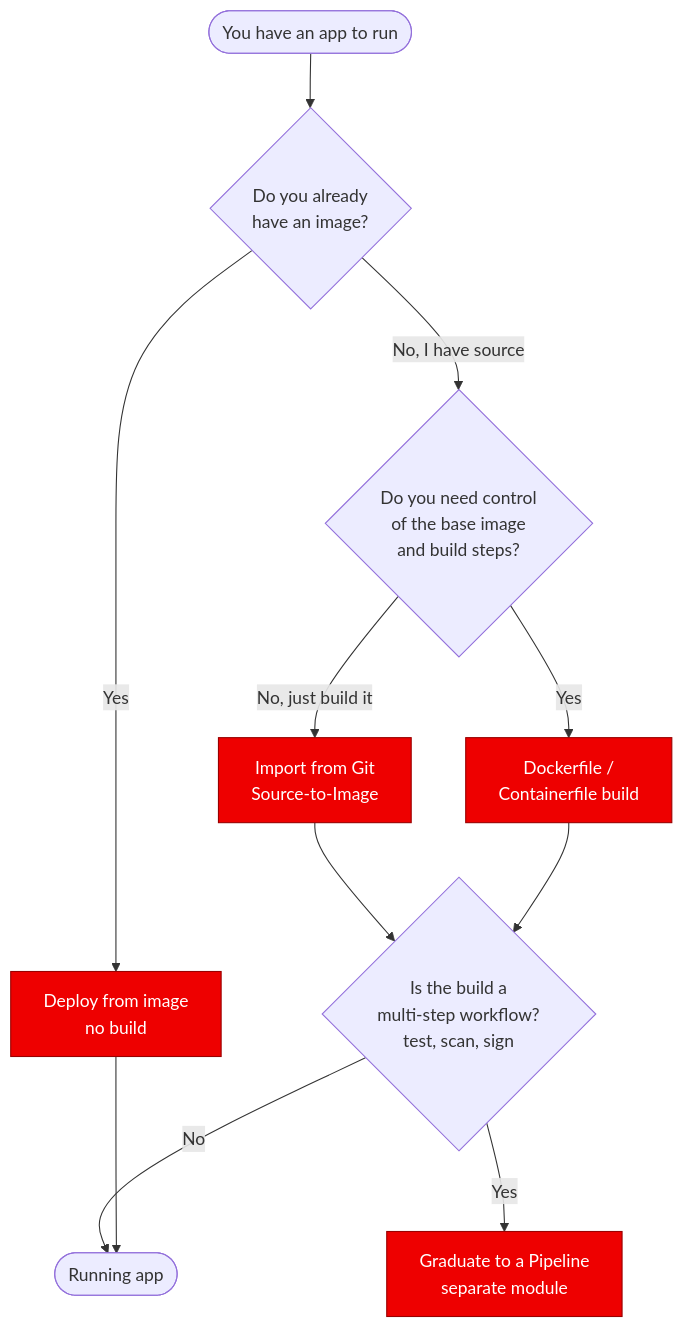
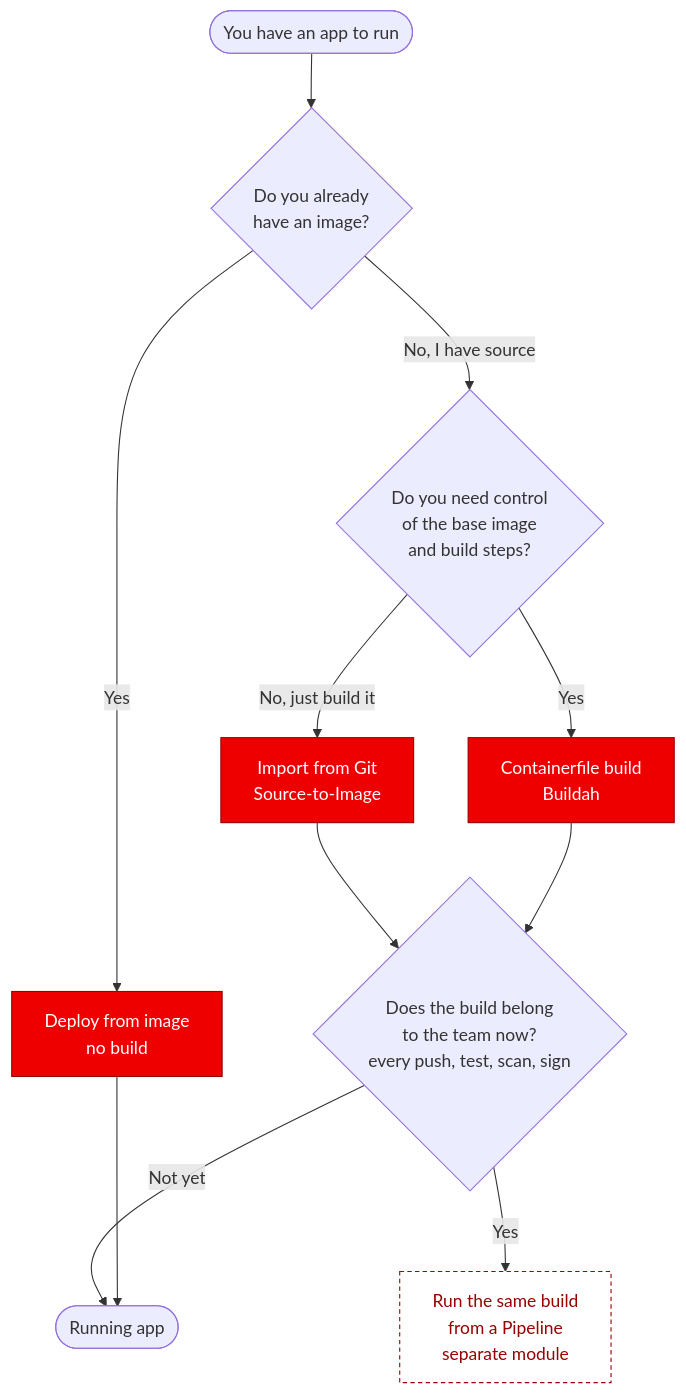
The diagram in content/modules/ROOT/examples/diagrams/build-deliver/01-build-spectrum.mmd (serhat-dirik/OCP-Getting-Started-Revamped), drawn with Mermaid before and after one commit. The commit also changed 4 other files, not shown here.

First line of the commit message:
docs(m02): S2I does not produce a lean runtime image, and pipelines are not a fourth on-ramp

```diff
--- a/content/modules/ROOT/examples/diagrams/build-deliver/01-build-spectrum.mmd
+++ b/content/modules/ROOT/examples/diagrams/build-deliver/01-build-spectrum.mmd
@@ -1,13 +1,15 @@
 graph TD
   START([You have an app to run]) --> Q1{Do you already<br/>have an image?}
   Q1 -->|Yes| DEPLOY[Deploy from image<br/>no build]
   Q1 -->|No, I have source| Q2{Do you need control<br/>of the base image<br/>and build steps?}
   Q2 -->|No, just build it| S2I[Import from Git<br/>Source-to-Image]
-  Q2 -->|Yes| DOCKER[Dockerfile /<br/>Containerfile build]
-  S2I --> Q3{Is the build a<br/>multi-step workflow?<br/>test, scan, sign}
+  Q2 -->|Yes| DOCKER[Containerfile build<br/>Buildah]
+  S2I --> Q3{Does the build belong<br/>to the team now?<br/>every push, test, scan, sign}
   DOCKER --> Q3
-  Q3 -->|Yes| PIPE[Graduate to a Pipeline<br/>separate module]
-  Q3 -->|No| DONE([Running app])
+  Q3 -->|Yes| PIPE[Run the same build<br/>from a Pipeline<br/>separate module]
+  Q3 -->|Not yet| DONE([Running app])
   DEPLOY --> DONE
   classDef pick fill:#e00,stroke:#900,color:#fff;
-  class DEPLOY,S2I,DOCKER,PIPE pick;
+  class DEPLOY,S2I,DOCKER pick;
+  classDef later fill:#fff,stroke:#900,color:#900,stroke-dasharray: 4 3;
+  class PIPE later;
```
